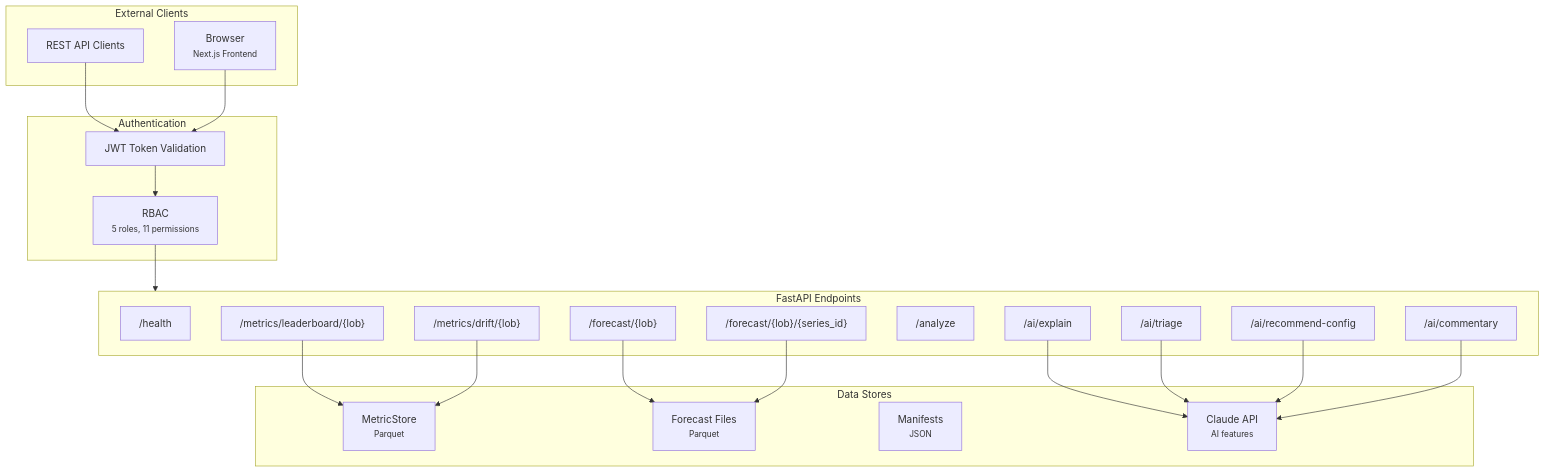
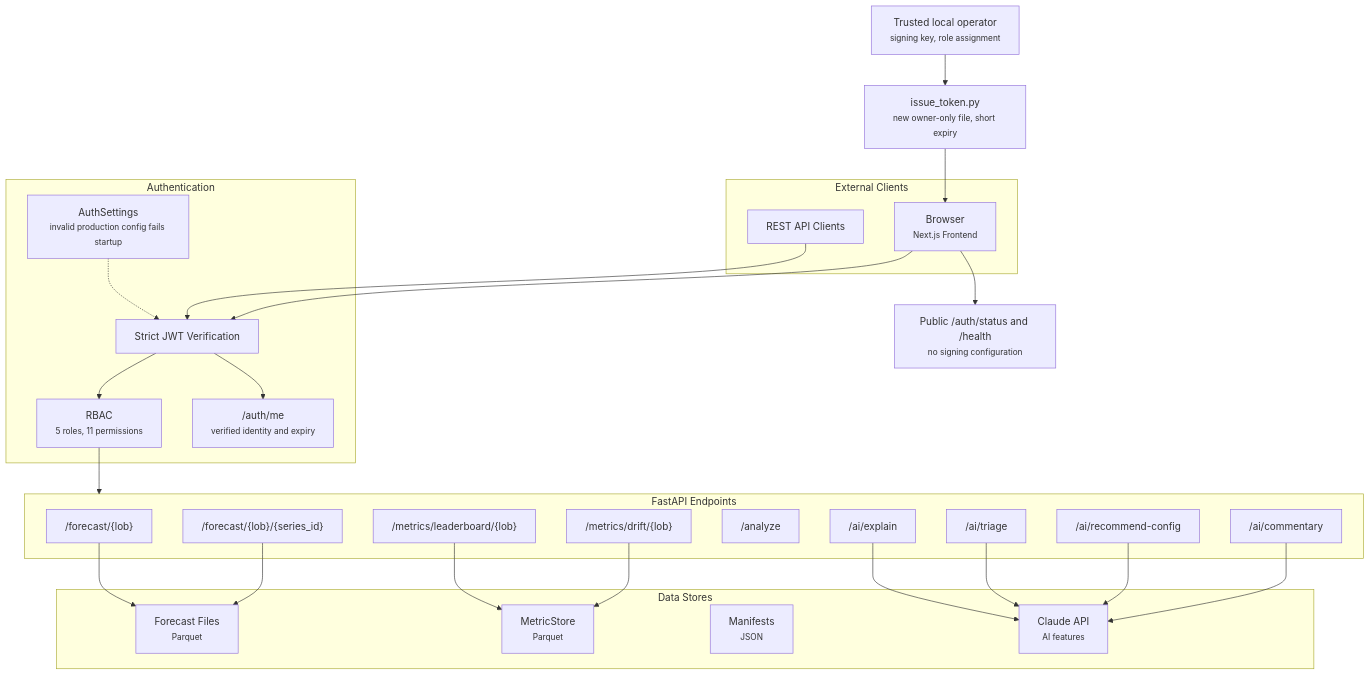
Diagram 12 of 14 in ARCHITECTURE.md (aethrixdev/sales_forecast), drawn with Mermaid before and after one commit. The commit also changed other lines of this file and 74 other files, not shown here.

````diff
--- a/ARCHITECTURE.md
+++ b/ARCHITECTURE.md
@@ -551,39 +551,48 @@
 ```mermaid
 graph TD
     subgraph Clients["External Clients"]
         REST["REST API Clients"]
         BROWSER["Browser<br/><small>Next.js Frontend</small>"]
     end
 
     subgraph Auth["Authentication"]
-        JWT["JWT Token Validation"]
+        SETTINGS["AuthSettings<br/><small>invalid production config fails startup</small>"]
+        JWT["Strict JWT Verification"]
+        ME["/auth/me<br/><small>verified identity and expiry</small>"]
         RBAC["RBAC<br/><small>5 roles, 11 permissions</small>"]
     end
 
+    OPERATOR["Trusted local operator<br/><small>signing key, role assignment</small>"]
+    ISSUE["issue_token.py<br/><small>new owner-only file, short expiry</small>"]
+    PUBLIC["Public /auth/status and /health<br/><small>no signing configuration</small>"]
+
     subgraph APILayer["FastAPI Endpoints"]
-        H["/health"]
         F2["/forecast/{lob}"]
         F3["/forecast/{lob}/{series_id}"]
         L["/metrics/leaderboard/{lob}"]
         D["/metrics/drift/{lob}"]
         AN["/analyze"]
         AIE1["/ai/explain"]
         AIE2["/ai/triage"]
         AIE3["/ai/recommend-config"]
         AIE4["/ai/commentary"]
     end
 
     subgraph DataStores["Data Stores"]
         MS2["MetricStore<br/><small>Parquet</small>"]
         FS2["Forecast Files<br/><small>Parquet</small>"]
         MF2["Manifests<br/><small>JSON</small>"]
         CLAUDE2["Claude API<br/><small>AI features</small>"]
     end
 
     REST --> JWT --> RBAC --> APILayer
     BROWSER --> JWT
+    SETTINGS -.-> JWT
+    JWT --> ME
+    OPERATOR --> ISSUE --> BROWSER
+    BROWSER --> PUBLIC
 
     F2 & F3 --> FS2
     L & D --> MS2
     AIE1 & AIE2 & AIE3 & AIE4 --> CLAUDE2
 ```
````
